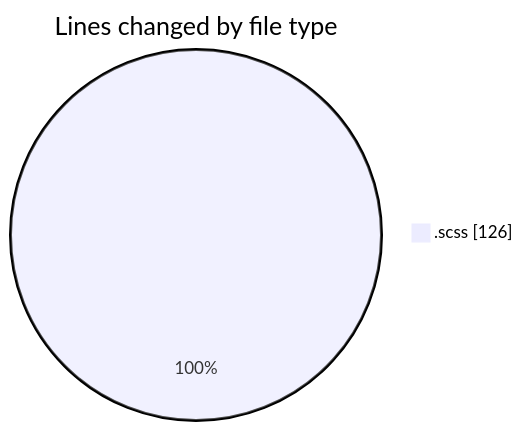
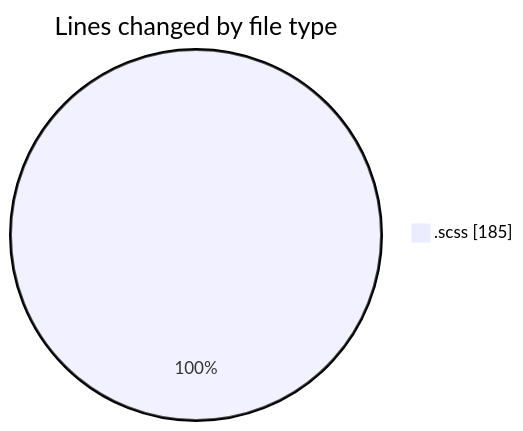
Before and after one commit to momahboobian/code-tracking: the first of 2 diagrams in 2025-03-02/cda/README.md, drawn with Mermaid. The commit also changed other lines of this file and 1 other file, not shown here.

````diff
--- a/2025-03-02/cda/README.md
+++ b/2025-03-02/cda/README.md
@@ -20,5 +21,5 @@
 ```mermaid
 pie showData
 title Lines changed by file type
-".scss" : 126
+".scss" : 185
 ```
````
